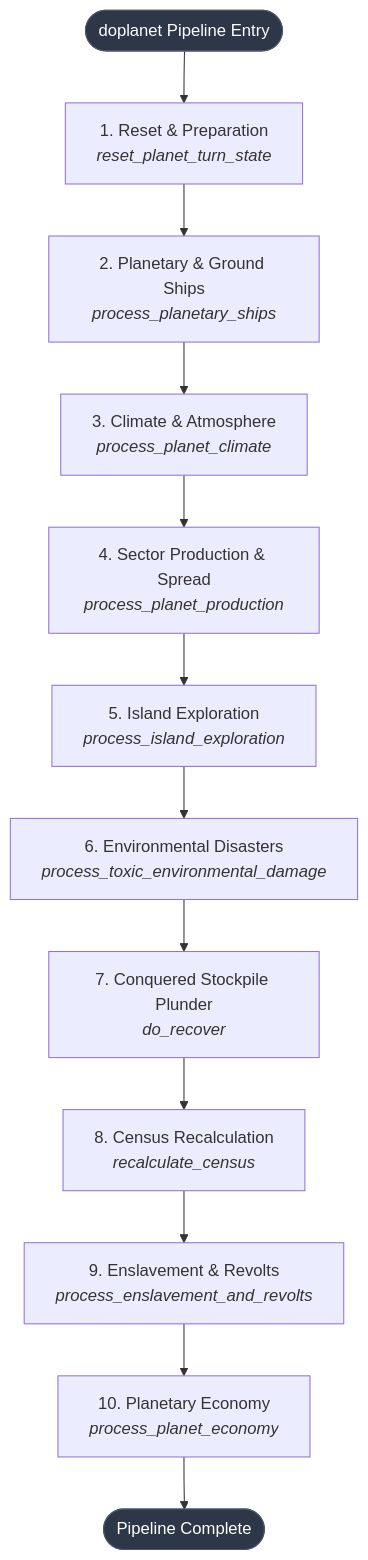
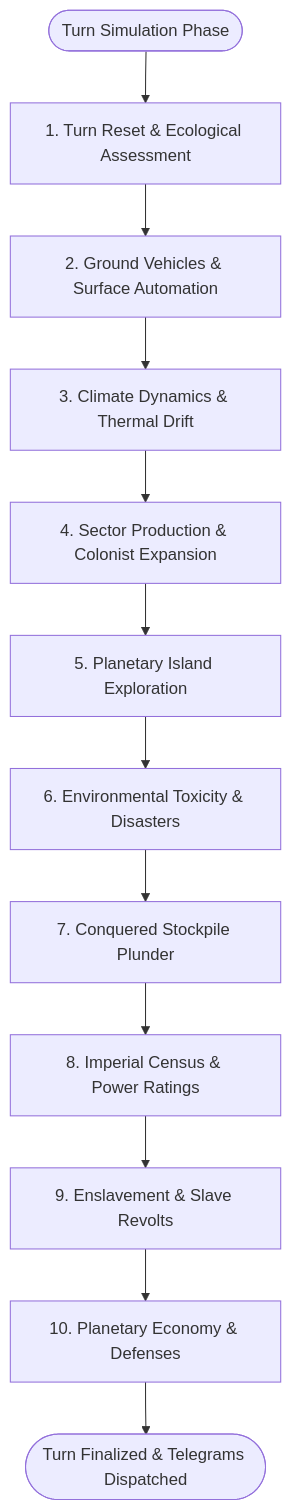
The first of 4 diagrams in docs/planetary_simulation.md (kaladron/galactic-bloodshed), drawn with Mermaid before and after one commit. The commit also changed other lines of this file and 8 other files, not shown here.

First line of the commit message:
docs: modernize domain guides to user-focused style with LaTeX and Mermaid

````diff
--- a/docs/planetary_simulation.md
+++ b/docs/planetary_simulation.md
@@ -9,17 +9,14 @@
 ```mermaid
 flowchart TD
-    Start([doplanet Pipeline Entry]) --> P1[1. Reset & Preparation<br/><i>reset_planet_turn_state</i>]
-    P1 --> P2[2. Planetary & Ground Ships<br/><i>process_planetary_ships</i>]
-    P2 --> P3[3. Climate & Atmosphere<br/><i>process_planet_climate</i>]
-    P3 --> P4[4. Sector Production & Spread<br/><i>process_planet_production</i>]
-    P4 --> P5[5. Island Exploration<br/><i>process_island_exploration</i>]
-    P5 --> P6[6. Environmental Disasters<br/><i>process_toxic_environmental_damage</i>]
-    P6 --> P7[7. Conquered Stockpile Plunder<br/><i>do_recover</i>]
-    P7 --> P8[8. Census Recalculation<br/><i>recalculate_census</i>]
-    P8 --> P9[9. Enslavement & Revolts<br/><i>process_enslavement_and_revolts</i>]
-    P9 --> P10[10. Planetary Economy<br/><i>process_planet_economy</i>]
-    P10 --> End([Pipeline Complete])
-
-    style Start fill:#2d3748,stroke:#4a5568,color:#fff
-    style End fill:#2d3748,stroke:#4a5568,color:#fff
+    Start(["Turn Simulation Phase"]) --> P1["1. Turn Reset & Ecological Assessment"]
+    P1 --> P2["2. Ground Vehicles & Surface Automation"]
+    P2 --> P3["3. Climate Dynamics & Thermal Drift"]
+    P3 --> P4["4. Sector Production & Colonist Expansion"]
+    P4 --> P5["5. Planetary Island Exploration"]
+    P5 --> P6["6. Environmental Toxicity & Disasters"]
+    P6 --> P7["7. Conquered Stockpile Plunder"]
+    P7 --> P8["8. Imperial Census & Power Ratings"]
+    P8 --> P9["9. Enslavement & Slave Revolts"]
+    P9 --> P10["10. Planetary Economy & Defenses"]
+    P10 --> End(["Turn Finalized & Telegrams Dispatched"])
 ```
````
